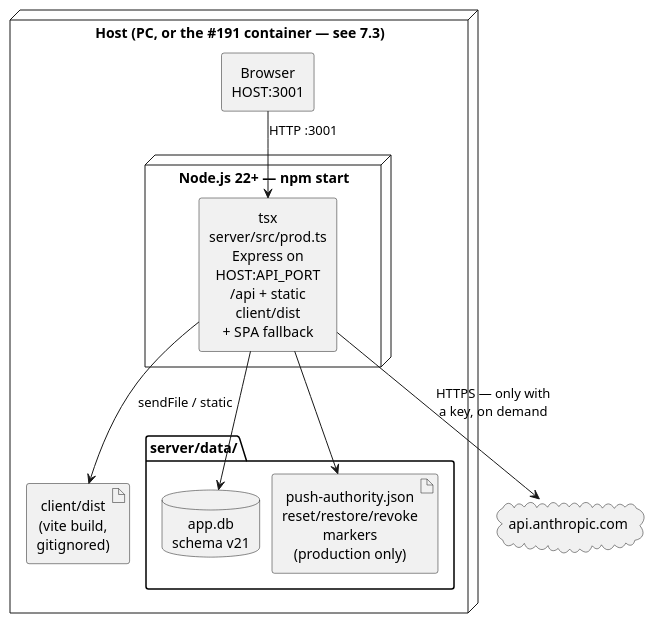
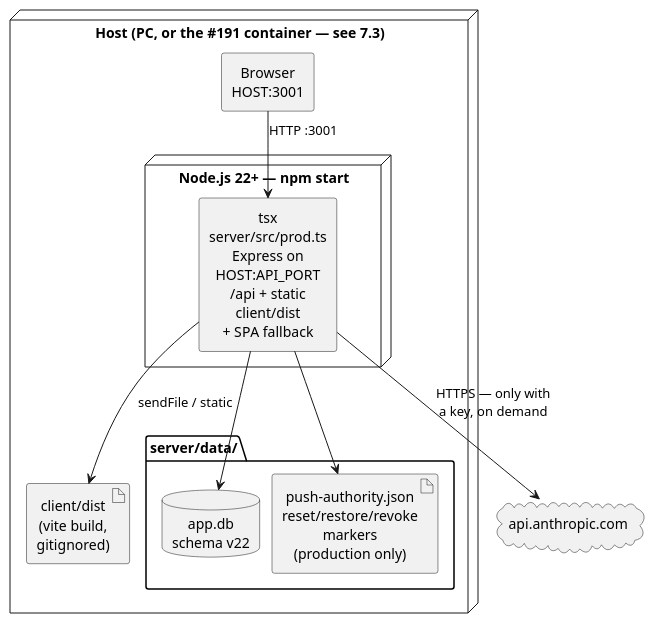
One commit to FelixGeisler/draw changed the second of 4 diagrams in docs/modules/ROOT/pages/07_deployment_view.adoc. Above: the diagram before and after it, drawn with PlantUML. The commit also changed other lines of this file and 46 other files, not shown here.

```diff
--- a/docs/modules/ROOT/pages/07_deployment_view.adoc
+++ b/docs/modules/ROOT/pages/07_deployment_view.adoc
@@ -138,30 +138,30 @@
 [plantuml,deployment-prod,svg]
 ....
 @startuml
 skinparam shadowing false
 skinparam wrapWidth 140
 skinparam defaultTextAlignment center
 skinparam componentStyle rectangle
 skinparam nodesep 12
 skinparam ranksep 18
 
 node "Host (PC, or the #191 container — see 7.3)" as host {
   component "Browser\nHOST:3001" as browser
   node "Node.js 22+ — npm start" as prodtree {
     component "tsx server/src/prod.ts\nExpress on HOST:API_PORT\n/api + static client/dist\n+ SPA fallback" as express
   }
   artifact "client/dist\n(vite build, gitignored)" as dist
   folder "server/data/" as data {
-    database "app.db\nschema v21" as db
+    database "app.db\nschema v22" as db
     artifact "push-authority.json\nreset/restore/revoke markers\n(production only)" as pushstate
   }
 }
 cloud "api.anthropic.com" as claude
 
 browser --> express : HTTP :3001
 express --> dist : sendFile / static
 express --> db
 express --> pushstate
 express --> claude : HTTPS — only with\na key, on demand
 @enduml
 ....
```
